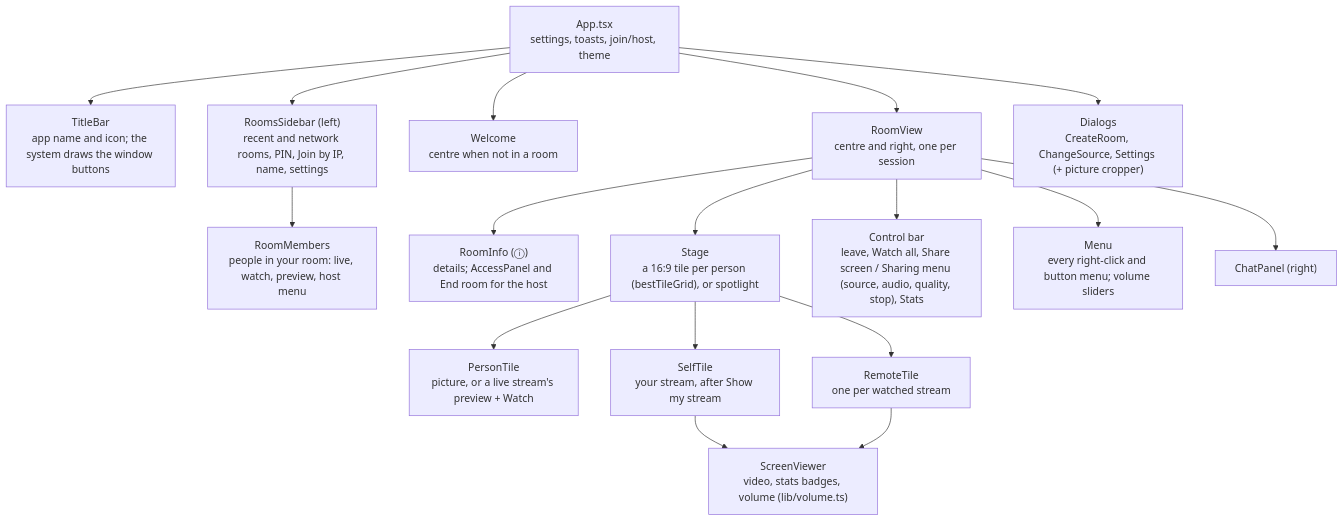
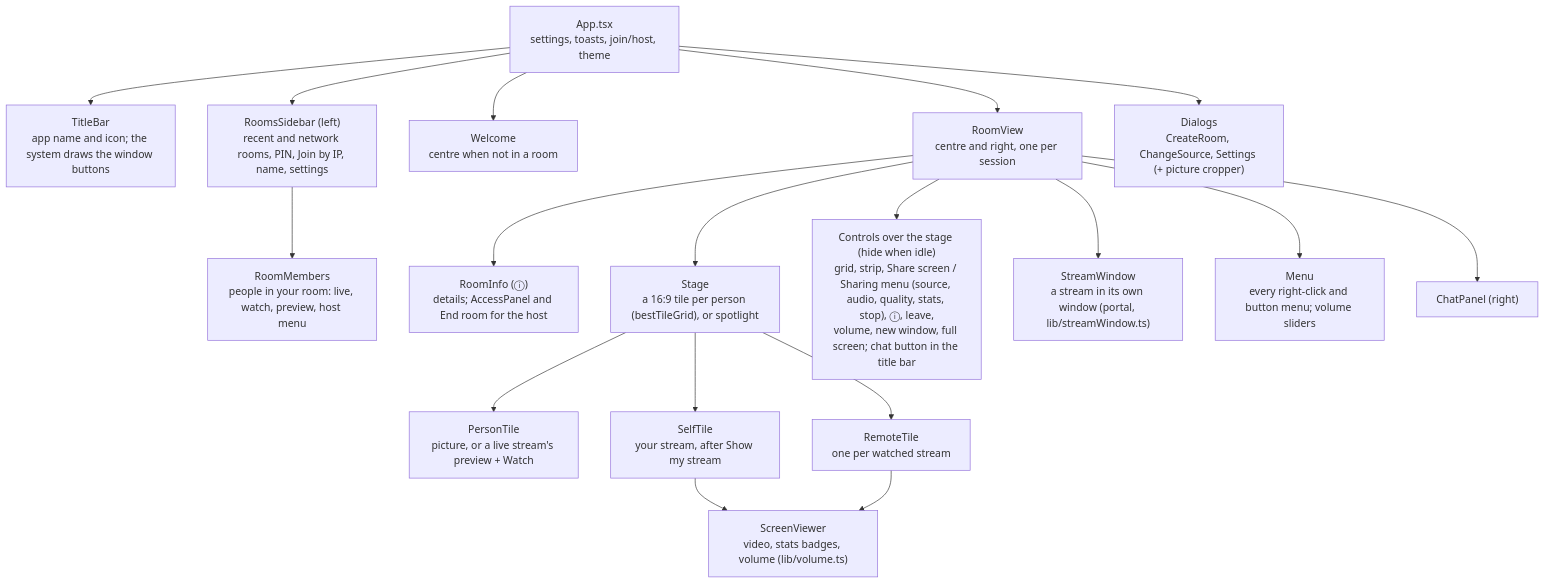
The fifth of 8 diagrams in docs/en-US/architecture.md (nsfxu/lan-screenshare), drawn with Mermaid before and after one commit. The commit also changed 14 other files, not shown here.

First line of the commit message:
Document the floating controls and the stream's own window

````diff
--- a/docs/en-US/architecture.md
+++ b/docs/en-US/architecture.md
@@ -272,20 +272,21 @@
 ```mermaid
 flowchart TB
   App["App.tsx<br/>settings, toasts, join/host, theme"]
   App --> Title["TitleBar<br/>app name and icon; the system draws the window buttons"]
   App --> Rooms["RoomsSidebar (left)<br/>recent and network rooms, PIN, Join by IP, name, settings"]
   Rooms --> Members["RoomMembers<br/>people in your room: live, watch, preview, host menu"]
   App --> Welcome["Welcome<br/>centre when not in a room"]
   App --> Room["RoomView<br/>centre and right, one per session"]
   App --> Dlg["Dialogs<br/>CreateRoom, ChangeSource, Settings (+ picture cropper)"]
   Room --> Info["RoomInfo (ⓘ)<br/>details; AccessPanel and End room for the host"]
   Room --> Stage["Stage<br/>a 16:9 tile per person (bestTileGrid), or spotlight"]
   Stage --> Person["PersonTile<br/>picture, or a live stream's preview + Watch"]
   Stage --> Self["SelfTile<br/>your stream, after Show my stream"]
   Stage --> Remote["RemoteTile<br/>one per watched stream"]
   Self --> SV["ScreenViewer<br/>video, stats badges, volume (lib/volume.ts)"]
   Remote --> SV
-  Room --> Bar["Control bar<br/>leave, Watch all, Share screen / Sharing menu (source, audio, quality, stop), Stats"]
+  Room --> Bar["Controls over the stage (hide when idle)<br/>grid, strip, Share screen / Sharing menu (source, audio, quality, stats, stop), ⓘ, leave,<br/>volume, new window, full screen; chat button in the title bar"]
+  Room --> SW["StreamWindow<br/>a stream in its own window (portal, lib/streamWindow.ts)"]
   Room --> Menu["Menu<br/>every right-click and button menu; volume sliders"]
   Room --> Chat["ChatPanel (right)"]
 ```
````
